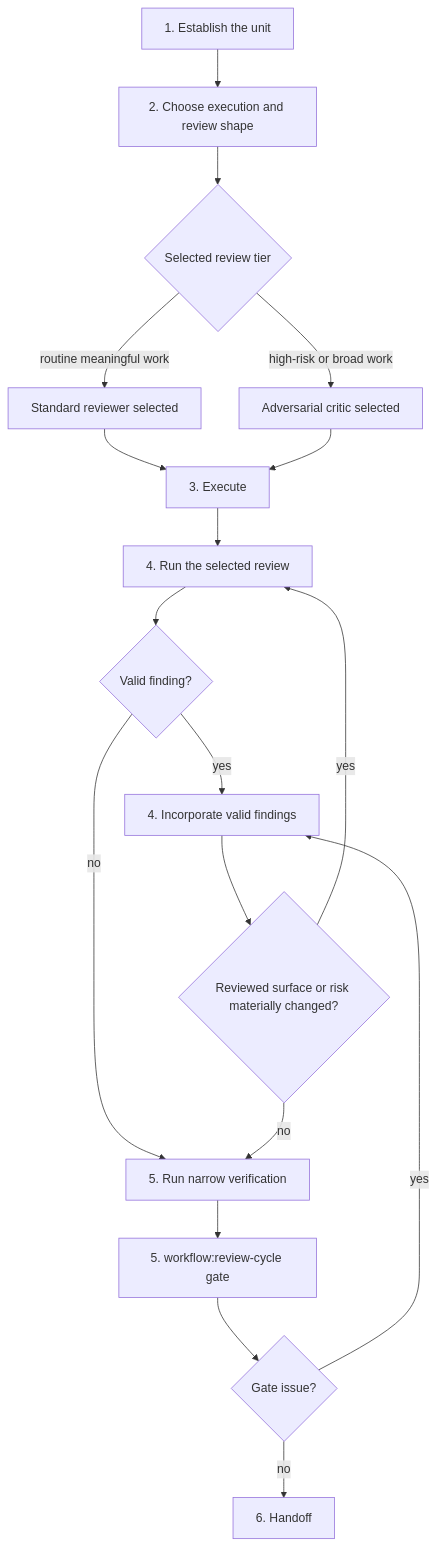
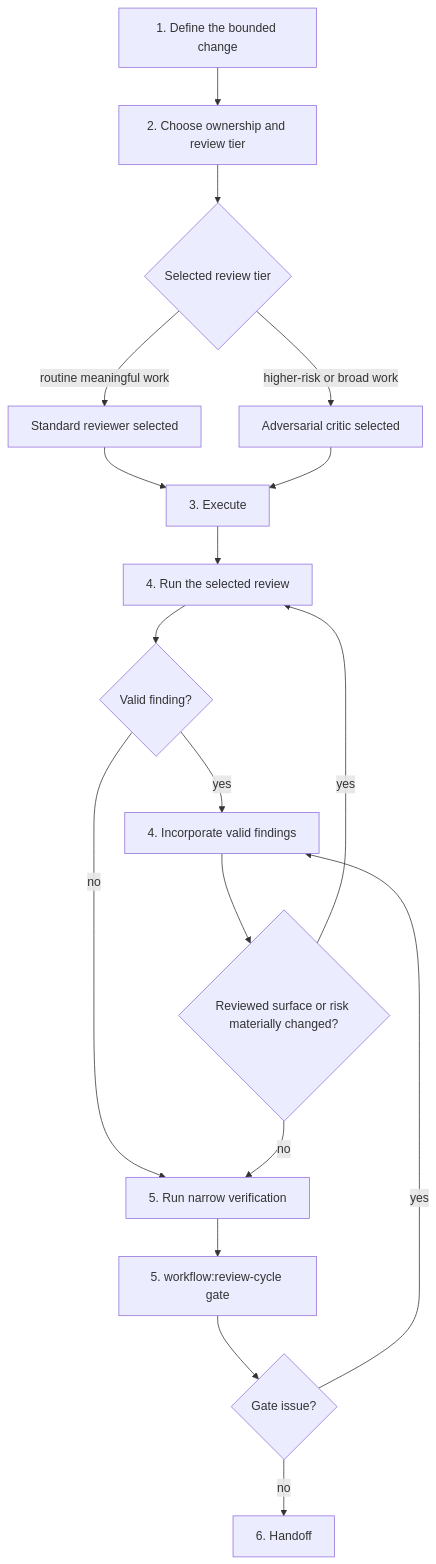
One commit to filipgutica/filip-stack changed the second of 4 diagrams in plugins/workflow/skills/coordinator/references/implementation-flow.md. Above: the diagram before and after it, drawn with Mermaid. The commit also changed other lines of this file and 16 other files, not shown here.

````diff
--- a/plugins/workflow/skills/coordinator/references/implementation-flow.md
+++ b/plugins/workflow/skills/coordinator/references/implementation-flow.md
@@ -26,20 +26,20 @@
 ```mermaid
 flowchart TD
-    Establish["1. Establish the unit"] --> Choose["2. Choose execution and review shape"]
+    Establish["1. Define the bounded change"] --> Choose["2. Choose ownership and review tier"]
     Choose --> Tier{"Selected review tier"}
     Tier -->|routine meaningful work| Standard["Standard reviewer selected"]
-    Tier -->|high-risk or broad work| Adversarial["Adversarial critic selected"]
+    Tier -->|higher-risk or broad work| Adversarial["Adversarial critic selected"]
     Standard --> Execute["3. Execute"]
     Adversarial --> Execute
     Execute --> Review["4. Run the selected review"]
     Review --> ReviewResult{"Valid finding?"}
     ReviewResult -->|yes| Revise["4. Incorporate valid findings"]
     ReviewResult -->|no| Verify["5. Run narrow verification"]
     Revise --> Changed{"Reviewed surface or risk materially changed?"}
     Changed -->|yes| Review
     Changed -->|no| Verify
     Verify --> Gate["5. workflow:review-cycle gate"]
     Gate --> GateResult{"Gate issue?"}
     GateResult -->|yes| Revise
     GateResult -->|no| Handoff["6. Handoff"]
 ```
````
